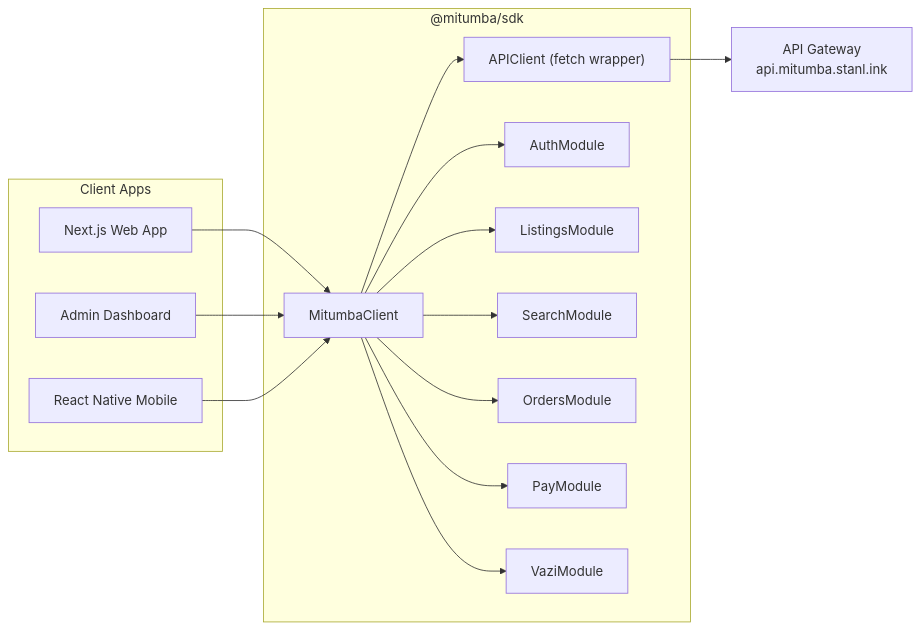
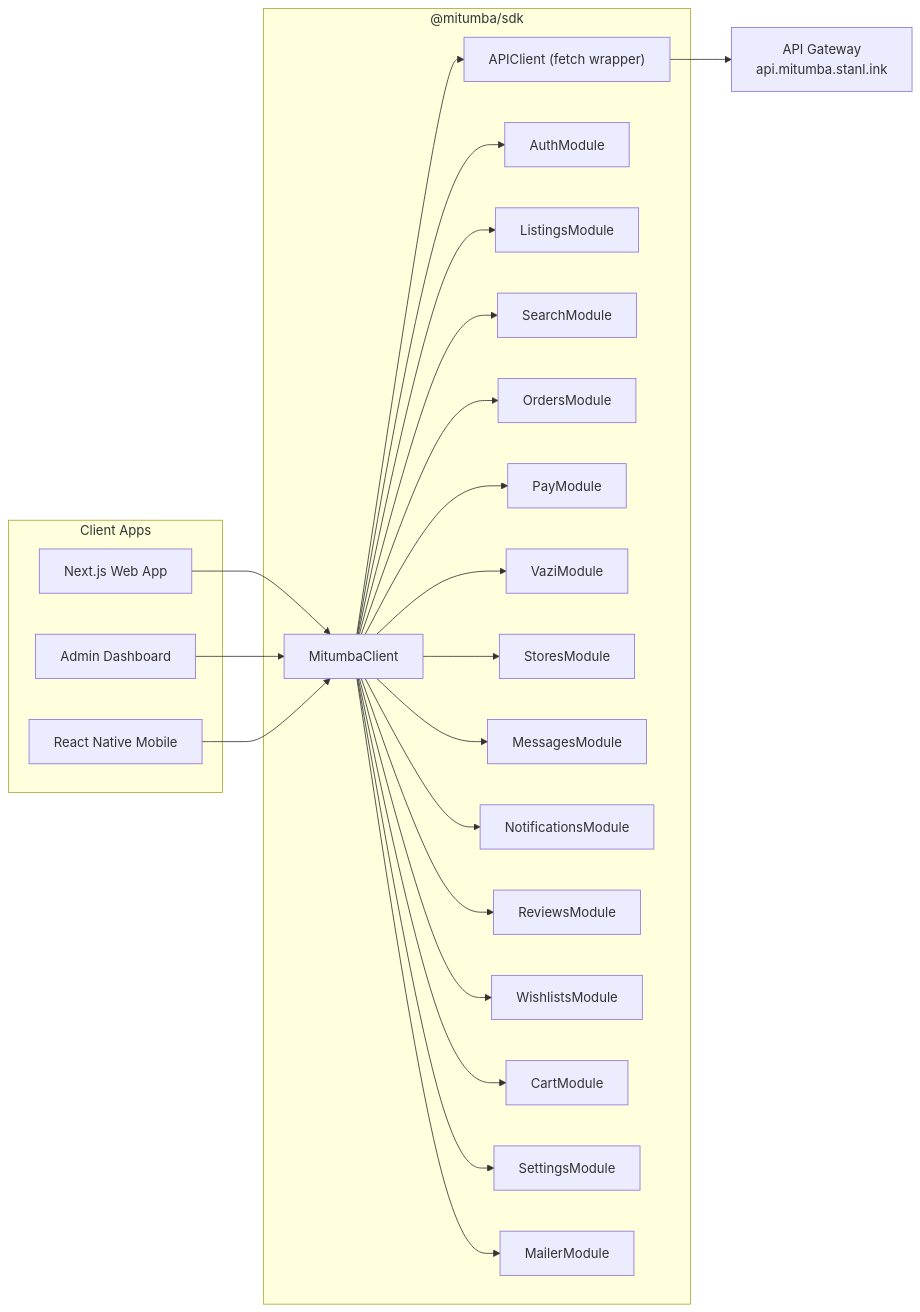
The first of 4 diagrams in ARCHITECTURE.md (Mitumba-Ltd/mitumba-sdk), drawn with Mermaid before and after one commit. The commit also changed other lines of this file and 2 other files, not shown here.

First line of the commit message:
docs: update ROADMAP, ARCHITECTURE, and API_REFERENCE for v0.24.0

````diff
--- a/ARCHITECTURE.md
+++ b/ARCHITECTURE.md
@@ -9,33 +9,49 @@
 ```mermaid
 graph LR
     subgraph "Client Apps"
         A["Next.js Web App"]
         B["Admin Dashboard"]
         C["React Native Mobile"]
     end
 
     subgraph "@mitumba/sdk"
         D["MitumbaClient"]
         E["APIClient (fetch wrapper)"]
         F["AuthModule"]
         G["ListingsModule"]
         H["SearchModule"]
         I["OrdersModule"]
         J["PayModule"]
         K["VaziModule"]
+        L["StoresModule"]
+        M["MessagesModule"]
+        N["NotificationsModule"]
+        O["ReviewsModule"]
+        P["WishlistsModule"]
+        Q["CartModule"]
+        R["SettingsModule"]
+        S["MailerModule"]
     end
 
-    L["API Gateway<br/>api.mitumba.stanl.ink"]
+    T["API Gateway<br/>api.mitumba.stanl.ink"]
 
     A --> D
     B --> D
     C --> D
     D --> E
     D --> F
     D --> G
     D --> H
     D --> I
     D --> J
     D --> K
-    E --> L
+    D --> L
+    D --> M
+    D --> N
+    D --> O
+    D --> P
+    D --> Q
+    D --> R
+    D --> S
+    E --> T
 ```
````
